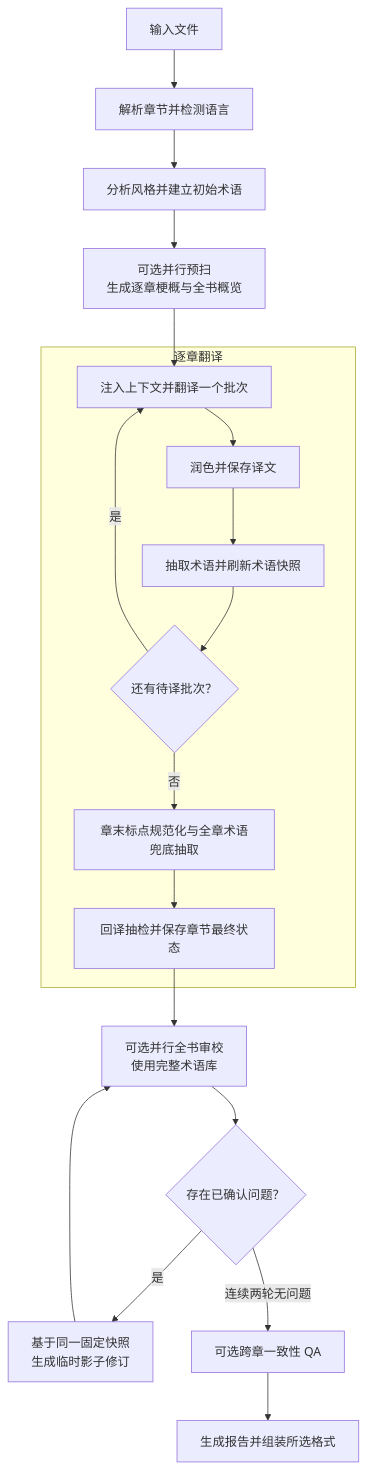
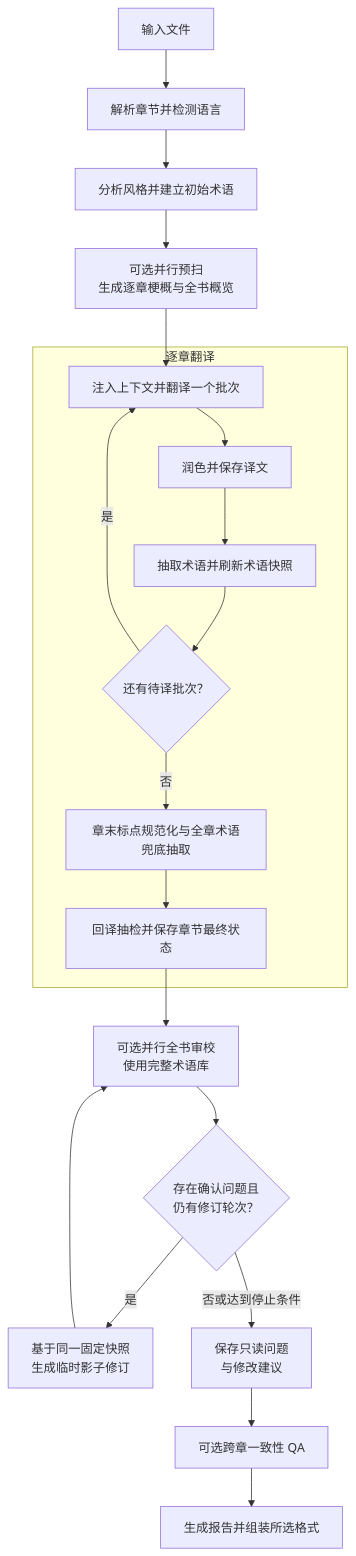
Before and after one commit to BigDawnGhost/wenyi: the diagram in docs/zh/README.md, drawn with Mermaid. The commit also changed other lines of this file and 20 other files, not shown here.

````diff
--- a/docs/zh/README.md
+++ b/docs/zh/README.md
@@ -158,24 +158,25 @@
 ```mermaid
 flowchart TD
     A[输入文件] --> B[解析章节并检测语言]
     B --> C[分析风格并建立初始术语]
     C --> D[可选并行预扫<br/>生成逐章梗概与全书概览]
     D --> E
 
     subgraph T[逐章翻译]
         E[注入上下文并翻译一个批次]
         E --> F[润色并保存译文]
         F --> G[抽取术语并刷新术语快照]
         G --> H{还有待译批次？}
         H -- 是 --> E
         H -- 否 --> I[章末标点规范化与全章术语兜底抽取]
         I --> J[回译抽检并保存章节最终状态]
     end
 
     J --> K[可选并行全书审校<br/>使用完整术语库]
-    K --> N{存在已确认问题？}
+    K --> N{存在确认问题且<br/>仍有修订轮次？}
     N -- 是 --> O[基于同一固定快照<br/>生成临时影子修订]
     O --> K
-    N -- 连续两轮无问题 --> L[可选跨章一致性 QA]
+    N -- 否或达到停止条件 --> P[保存只读问题<br/>与修改建议]
+    P --> L[可选跨章一致性 QA]
     L --> M[生成报告并组装所选格式]
 ```
````
